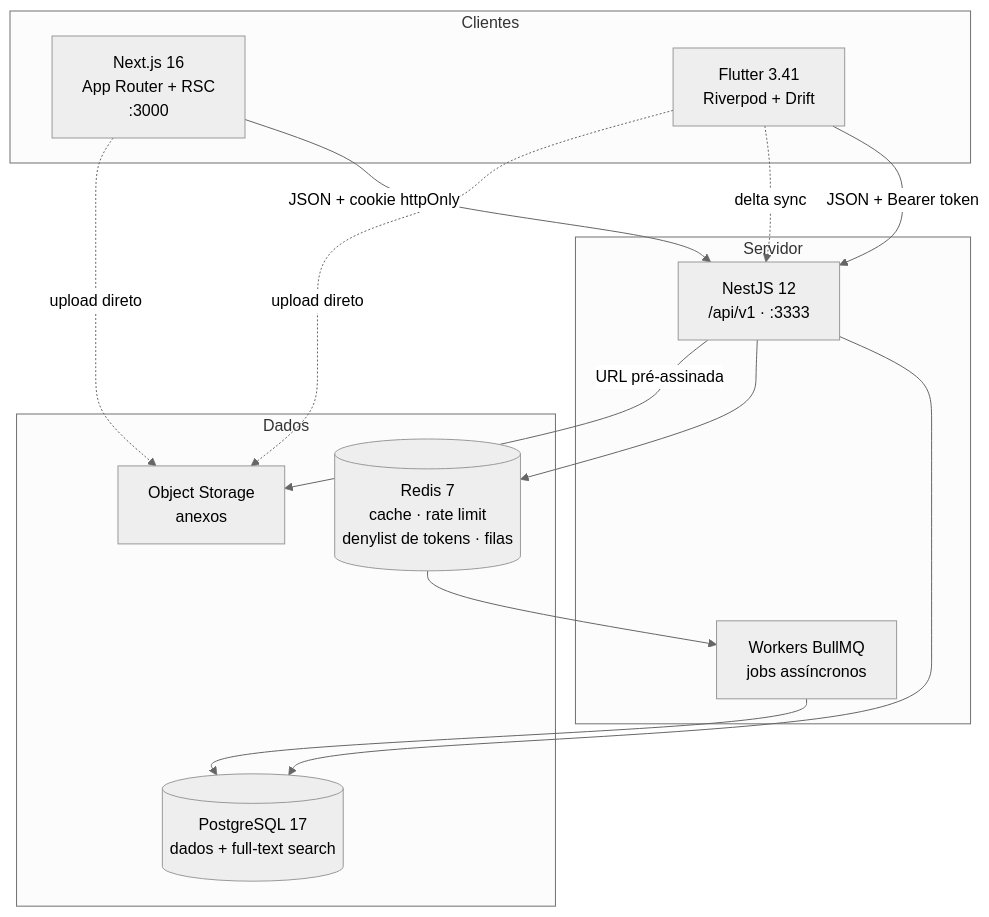
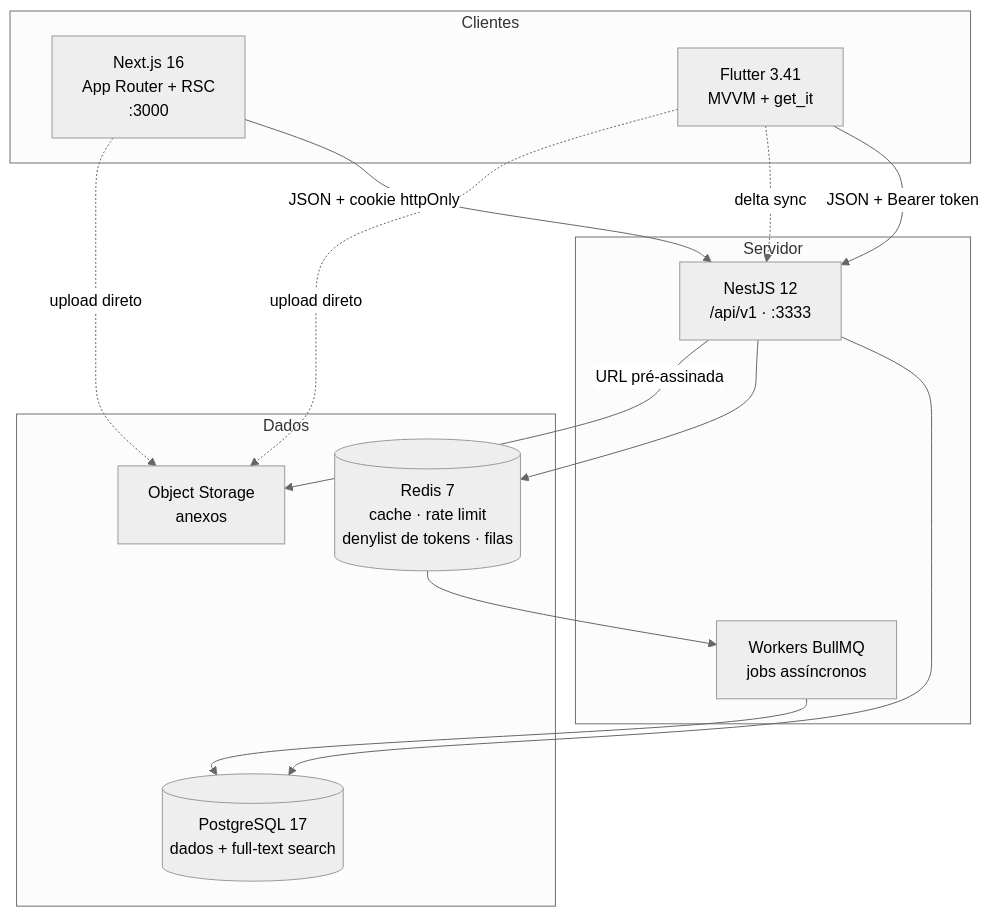
Before and after one commit to AntonioAndradeGomes/my_notes: the second of 5 diagrams in docs/architecture/overview.md, drawn with Mermaid (neutral theme). The commit also changed other lines of this file and 12 other files, not shown here.

First line of the commit message:
docs(mobile): estabelece a arquitetura real do app Flutter

````diff
--- a/docs/architecture/overview.md
+++ b/docs/architecture/overview.md
@@ -43,29 +43,29 @@
 ```mermaid
 graph TB
     subgraph Clientes
         WEB["Next.js 16<br/>App Router + RSC<br/>:3000"]
-        APP["Flutter 3.41<br/>Riverpod + Drift"]
+        APP["Flutter 3.41<br/>MVVM + get_it"]
     end
 
     subgraph Servidor
         API["NestJS 12<br/>/api/v1 · :3333"]
         WORKER["Workers BullMQ<br/>jobs assíncronos"]
     end
 
     subgraph Dados
         PG[("PostgreSQL 17<br/>dados + full-text search")]
         REDIS[("Redis 7<br/>cache · rate limit<br/>denylist de tokens · filas")]
         S3["Object Storage<br/>anexos"]
     end
 
     WEB -->|"JSON + cookie httpOnly"| API
     APP -->|"JSON + Bearer token"| API
     APP -.->|"delta sync"| API
     API --> PG
     API --> REDIS
     API -->|"URL pré-assinada"| S3
     APP -.->|"upload direto"| S3
     WEB -.->|"upload direto"| S3
     REDIS --> WORKER
     WORKER --> PG
 ```
````
